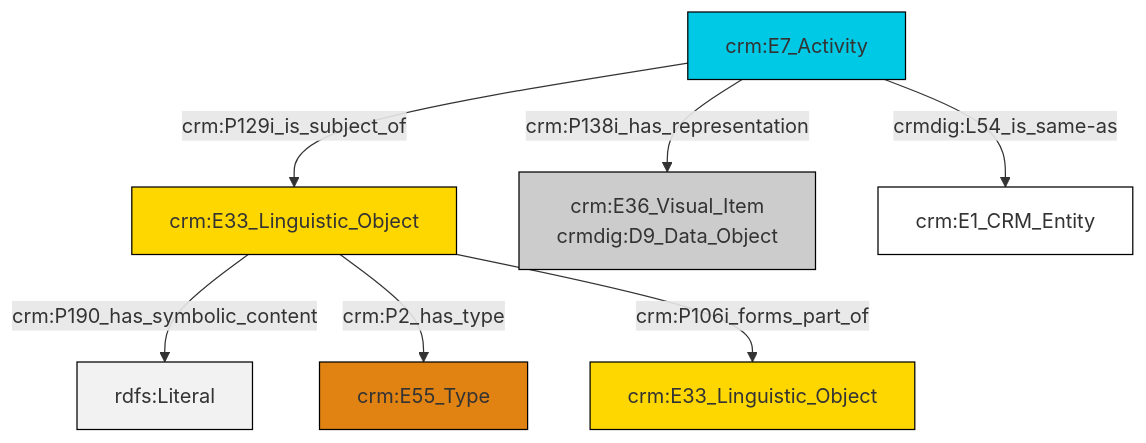
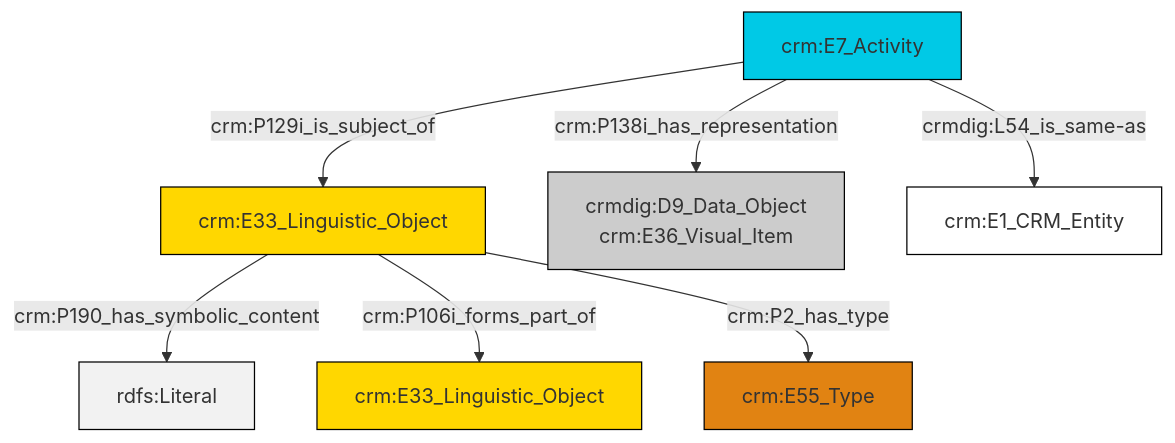
The diagram in et/eventCSV/ttl/mmd/event_documentation.ttl.mmd (swiss-art-research-net/docs.swissartresearch), drawn with Mermaid before and after one commit. The commit also changed 171 other files, not shown here.

```diff
--- a/et/eventCSV/ttl/mmd/event_documentation.ttl.mmd
+++ b/et/eventCSV/ttl/mmd/event_documentation.ttl.mmd
@@ -1,21 +1,21 @@
 graph TD
 classDef Literal fill:#f2f2f2,stroke:#000000;
 classDef CRM_Entity fill:#FFFFFF,stroke:#000000;
 classDef Temporal_Entity fill:#00C9E6, stroke:#000000;
 classDef Type fill:#E18312, stroke:#000000;
 classDef Time-Span fill:#2C9C91, stroke:#000000;
 classDef Appellation fill:#FFEB7F, stroke:#000000;
 classDef Place fill:#008836, stroke:#000000;
 classDef Persistent_Item fill:#B266B2, stroke:#000000;
 classDef Conceptual_Object fill:#FFD700, stroke:#000000;
 classDef Physical_Thing fill:#D2B48C, stroke:#000000;
 classDef Actor fill:#f58aad, stroke:#000000;
 classDef PC_Classes fill:#4ce600, stroke:#000000;
 classDef Multi fill:#cccccc,stroke:#000000;
 
-2["crm:E33_Linguistic_Object"]:::Conceptual_Object -->|crm:P190_has_symbolic_content| 3[rdfs:Literal]:::Literal
-2["crm:E33_Linguistic_Object"]:::Conceptual_Object -->|crm:P2_has_type| 4["crm:E55_Type"]:::Type
-7["crm:E7_Activity"]:::Temporal_Entity -->|crm:P129i_is_subject_of| 2["crm:E33_Linguistic_Object"]:::Conceptual_Object
-7["crm:E7_Activity"]:::Temporal_Entity -->|crmdig:L54_is_same-as| 8["crm:E1_CRM_Entity"]:::CRM_Entity
-2["crm:E33_Linguistic_Object"]:::Conceptual_Object -->|crm:P106i_forms_part_of| 0["crm:E33_Linguistic_Object"]:::Conceptual_Object
-7["crm:E7_Activity"]:::Temporal_Entity -->|crm:P138i_has_representation| 5["crm:E36_Visual_Item<br>crmdig:D9_Data_Object"]:::Multi
+0["crm:E7_Activity"]:::Temporal_Entity -->|crm:P129i_is_subject_of| 1["crm:E33_Linguistic_Object"]:::Conceptual_Object
+1["crm:E33_Linguistic_Object"]:::Conceptual_Object -->|crm:P190_has_symbolic_content| 2[rdfs:Literal]:::Literal
+0["crm:E7_Activity"]:::Temporal_Entity -->|crm:P138i_has_representation| 4["crmdig:D9_Data_Object<br>crm:E36_Visual_Item"]:::Multi
+0["crm:E7_Activity"]:::Temporal_Entity -->|crmdig:L54_is_same-as| 6["crm:E1_CRM_Entity"]:::CRM_Entity
+1["crm:E33_Linguistic_Object"]:::Conceptual_Object -->|crm:P106i_forms_part_of| 10["crm:E33_Linguistic_Object"]:::Conceptual_Object
+1["crm:E33_Linguistic_Object"]:::Conceptual_Object -->|crm:P2_has_type| 8["crm:E55_Type"]:::Type
```
